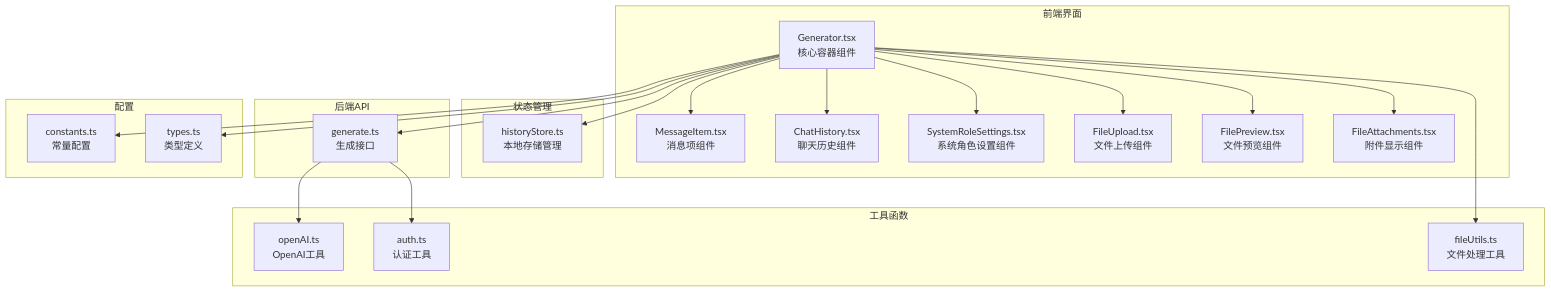
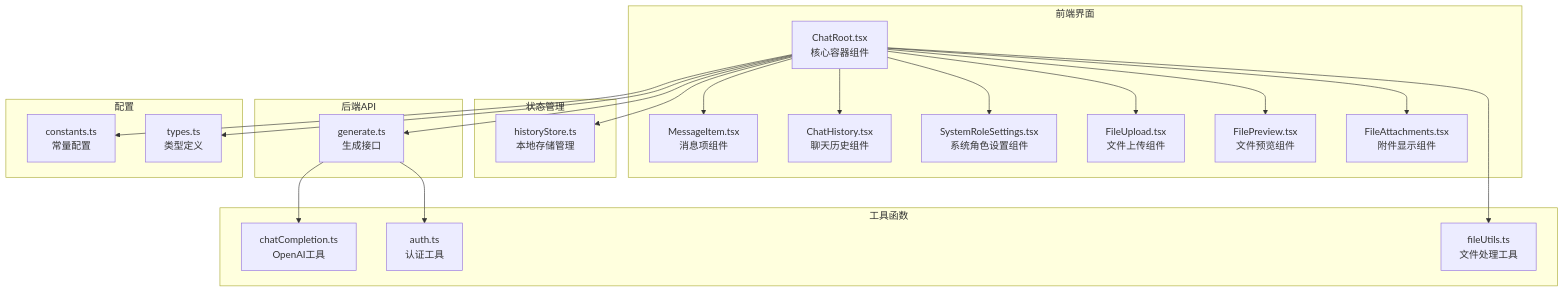
Before and after one commit to zfyime/chat-mini: the first of 4 diagrams in .qoder/repowiki/zh/content/组件架构/Generator组件.md, drawn with Mermaid. The commit also changed other lines of this file and 52 other files, not shown here.

````diff
--- a/.qoder/repowiki/zh/content/组件架构/Generator组件.md
+++ b/.qoder/repowiki/zh/content/组件架构/Generator组件.md
@@ -46,40 +46,40 @@
 ```mermaid
 graph TB
 subgraph "前端界面"
-Generator[Generator.tsx<br>核心容器组件]
+Generator[ChatRoot.tsx<br>核心容器组件]
 MessageItem[MessageItem.tsx<br>消息项组件]
 ChatHistory[ChatHistory.tsx<br>聊天历史组件]
 SystemRoleSettings[SystemRoleSettings.tsx<br>系统角色设置组件]
 FileUpload[FileUpload.tsx<br>文件上传组件]
 FilePreview[FilePreview.tsx<br>文件预览组件]
 FileAttachments[FileAttachments.tsx<br>附件显示组件]
 end
 subgraph "状态管理"
 historyStore[historyStore.ts<br>本地存储管理]
 end
 subgraph "后端API"
 generate[generate.ts<br>生成接口]
 end
 subgraph "工具函数"
-openAI[openAI.ts<br>OpenAI工具]
+openAI[chatCompletion.ts<br>OpenAI工具]
 auth[auth.ts<br>认证工具]
 fileUtils[fileUtils.ts<br>文件处理工具]
 end
 subgraph "配置"
 constants[constants.ts<br>常量配置]
 types[types.ts<br>类型定义]
 end
 Generator --> MessageItem
 Generator --> ChatHistory
 Generator --> SystemRoleSettings
 Generator --> FileUpload
 Generator --> FilePreview
 Generator --> FileAttachments
 Generator --> historyStore
 Generator --> generate
 generate --> openAI
 generate --> auth
 Generator --> constants
 Generator --> types
 Generator --> fileUtils
 ```
````
